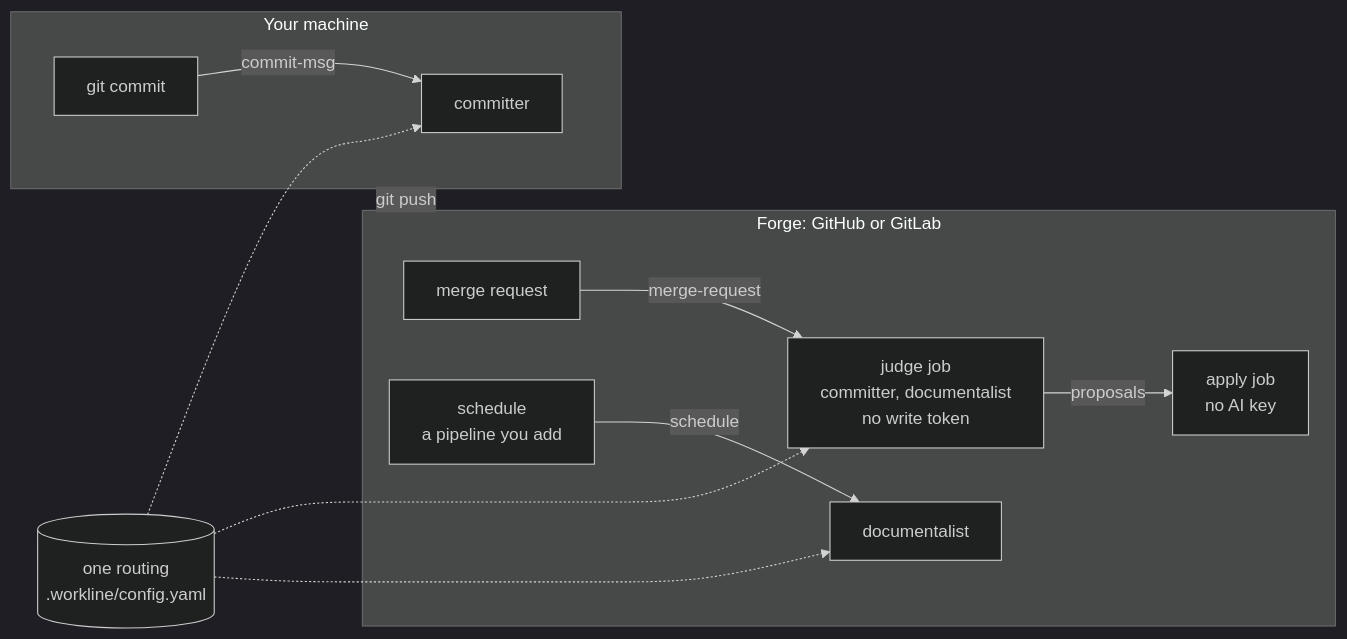
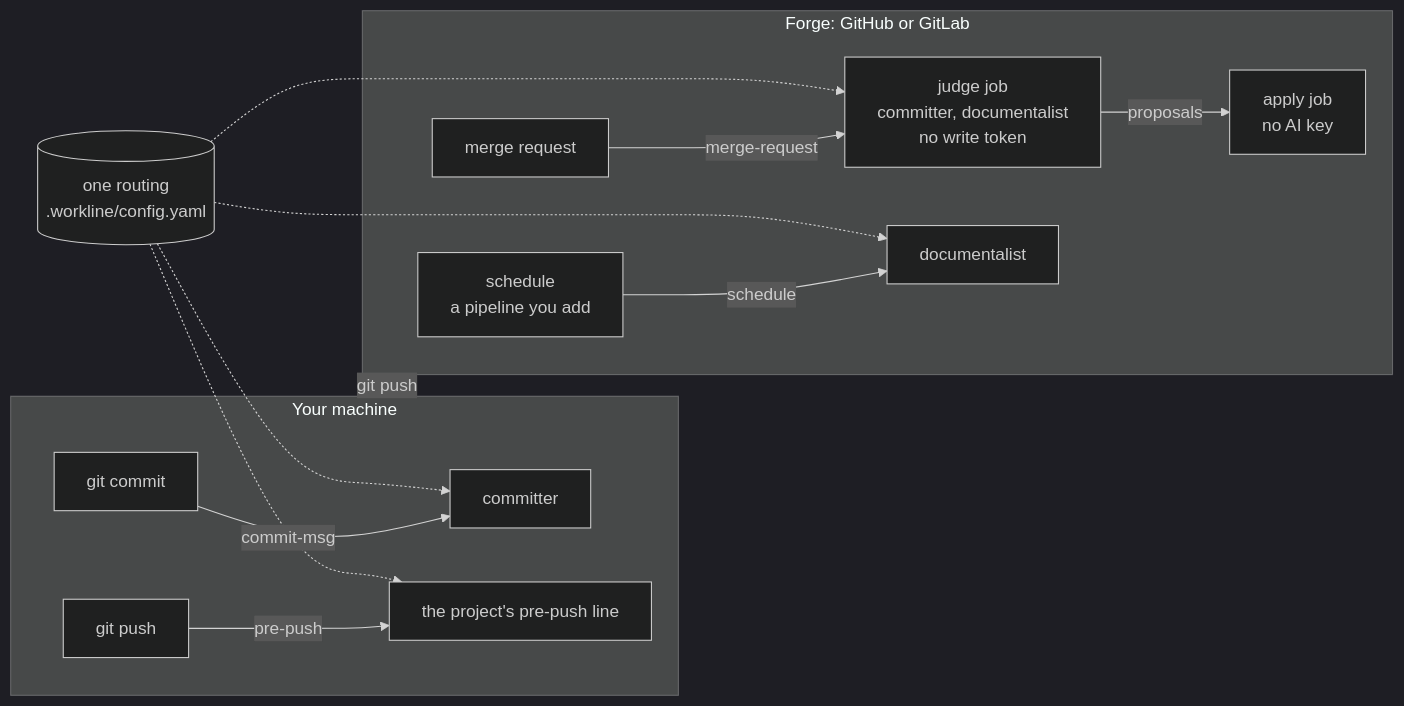
Before and after one commit to JN0V/workline: the diagram in README.md, drawn with Mermaid (dark theme). The commit also changed other lines of this file and 6 other files, not shown here.

First line of the commit message:
docs: describe the line run before a push, and confirm four docs

````diff
--- a/README.md
+++ b/README.md
@@ -51,16 +51,18 @@
 ```mermaid
 flowchart LR
   routing[("one routing<br/>.workline/config.yaml")]
   subgraph machine["Your machine"]
     commit["git commit"] -- commit-msg --> committer1["committer"]
+    push["git push"] -- pre-push --> local["the project's pre-push line"]
   end
   subgraph forge["Forge: GitHub or GitLab"]
     mr["merge request"] -- merge-request --> judge["judge job<br/>committer, documentalist<br/>no write token"]
     judge -- proposals --> apply["apply job<br/>no AI key"]
     schedule["schedule<br/>a pipeline you add"] -- schedule --> documentalist["documentalist"]
   end
   machine -- git push --> forge
   routing -.-> committer1
+  routing -.-> local
   routing -.-> judge
   routing -.-> documentalist
 ```
````
